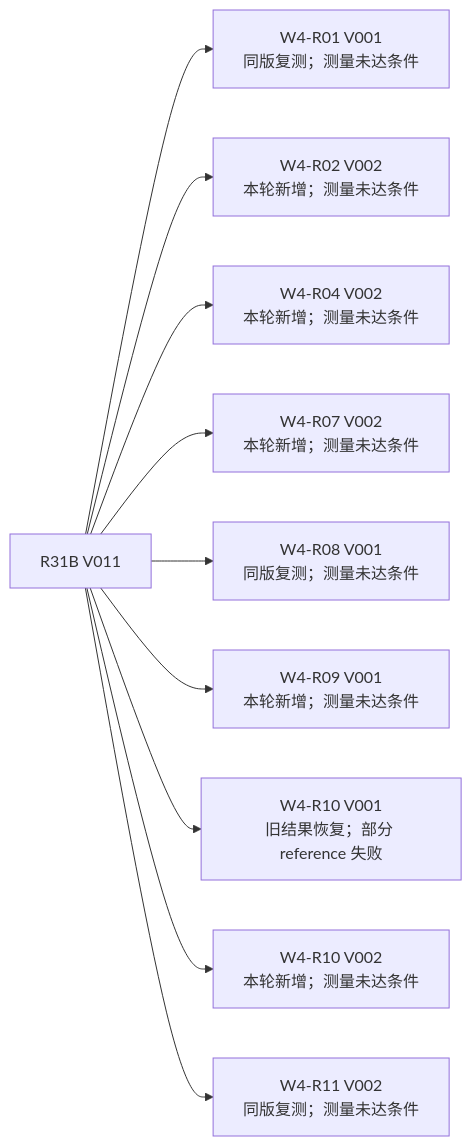
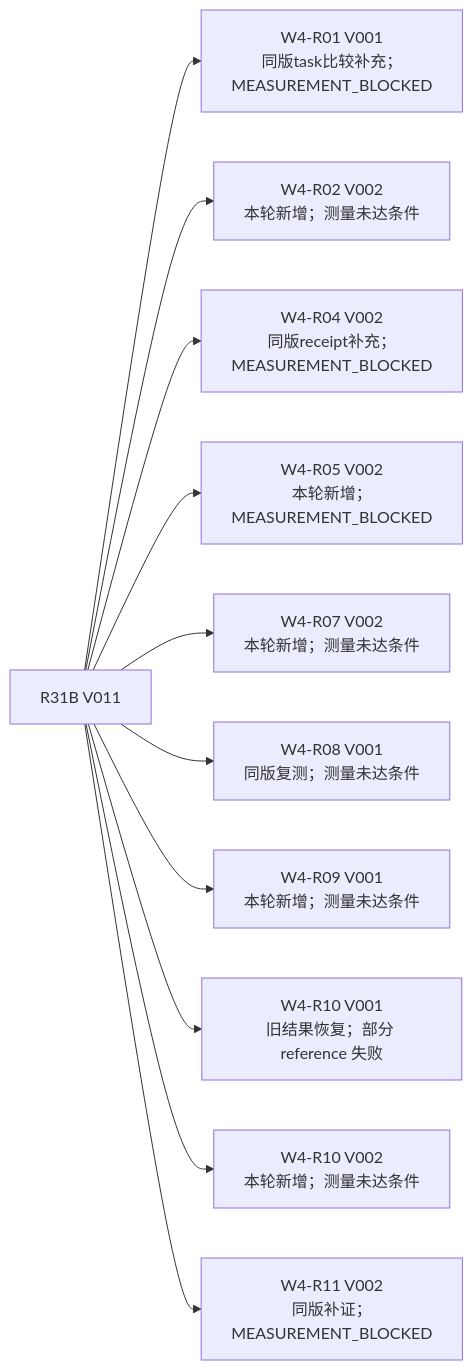
Before and after one commit to sxyq/CANN: the first of 4 diagrams in 技术路线/技术路线图.md, drawn with Mermaid. The commit also changed other lines of this file and 3 other files, not shown here.

````diff
--- a/技术路线/技术路线图.md
+++ b/技术路线/技术路线图.md
@@ -41,13 +41,14 @@
 ```mermaid
 flowchart LR
   p["R31B V011"]
-  p --> r01["W4-R01 V001<br/>同版复测；测量未达条件"]
+  p --> r01["W4-R01 V001<br/>同版task比较补充；MEASUREMENT_BLOCKED"]
   p --> r02["W4-R02 V002<br/>本轮新增；测量未达条件"]
-  p --> r04["W4-R04 V002<br/>本轮新增；测量未达条件"]
+  p --> r04["W4-R04 V002<br/>同版receipt补充；MEASUREMENT_BLOCKED"]
+  p --> r05["W4-R05 V002<br/>本轮新增；MEASUREMENT_BLOCKED"]
   p --> r07["W4-R07 V002<br/>本轮新增；测量未达条件"]
   p --> r08["W4-R08 V001<br/>同版复测；测量未达条件"]
   p --> r09["W4-R09 V001<br/>本轮新增；测量未达条件"]
   p --> r10["W4-R10 V001<br/>旧结果恢复；部分 reference 失败"]
   p --> r10v2["W4-R10 V002<br/>本轮新增；测量未达条件"]
-  p --> r11["W4-R11 V002<br/>同版复测；测量未达条件"]
+  p --> r11["W4-R11 V002<br/>同版补证；MEASUREMENT_BLOCKED"]
 ```
````
